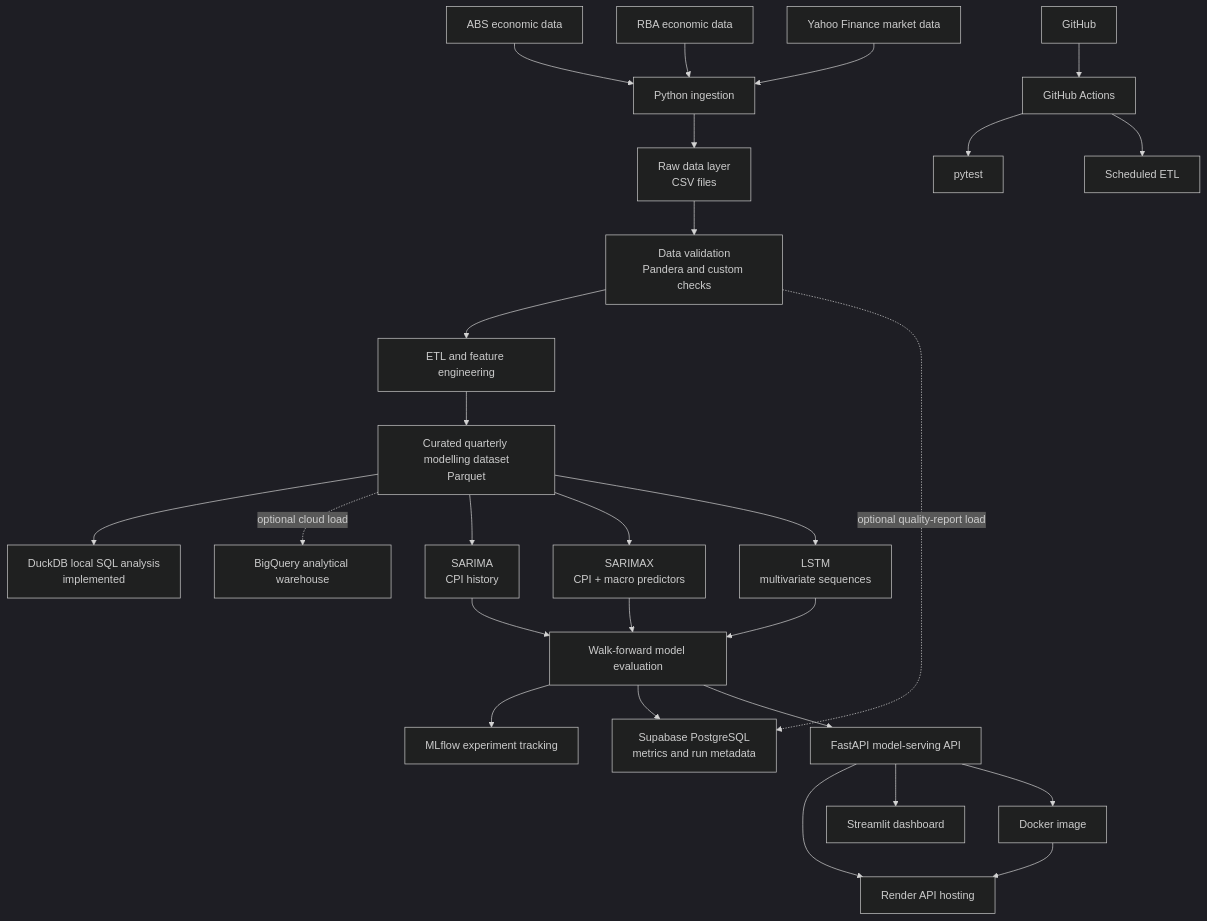
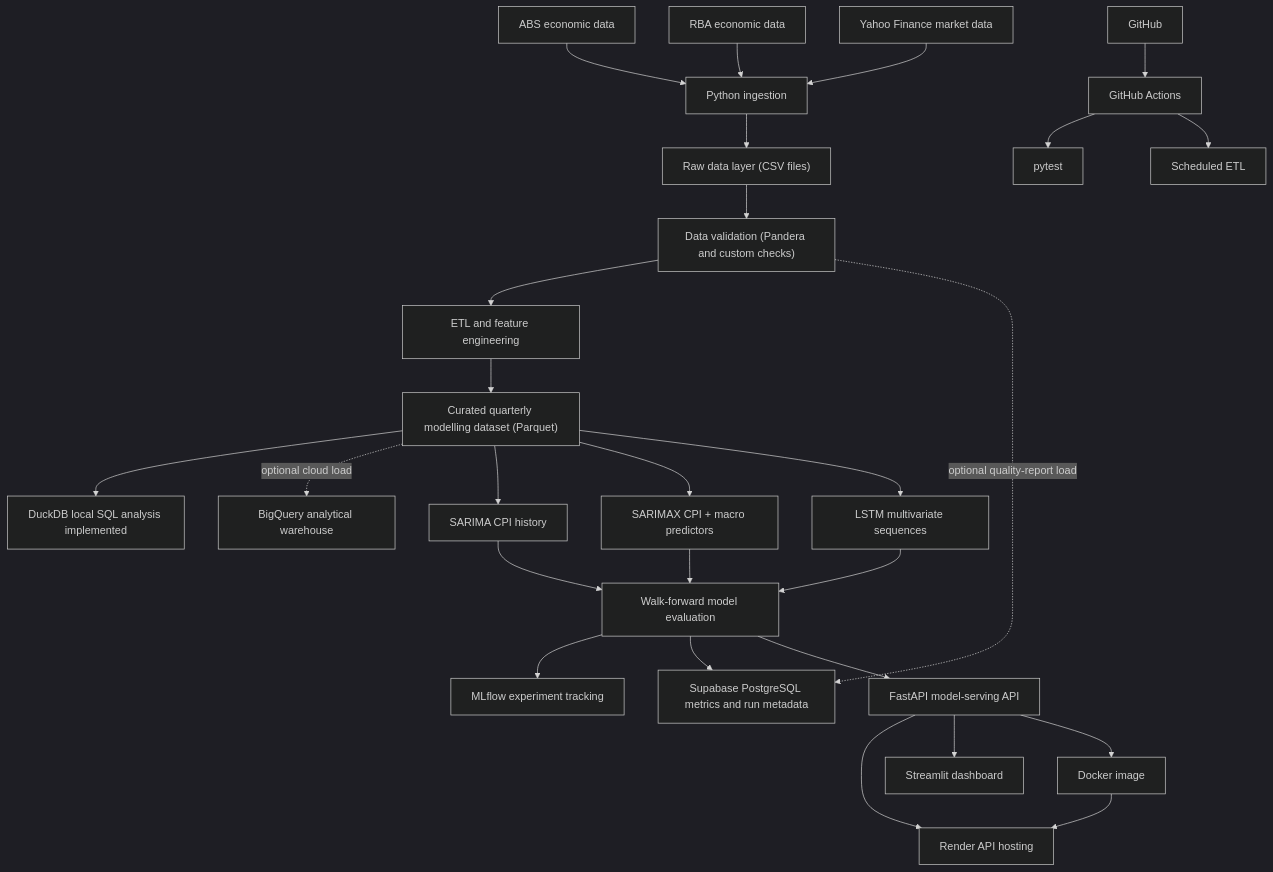
Before and after one commit to JuanVu1810/Australian-CPI-Forecast: the diagram in PROJECT_ARCHITECTURE.md, drawn with Mermaid (dark theme).

Commit message:
Update architecture diagram with improved labels

````diff
--- a/PROJECT_ARCHITECTURE.md
+++ b/PROJECT_ARCHITECTURE.md
@@ -112,34 +112,34 @@
 ```mermaid
 flowchart TD
-    ABS[ABS economic data] --> INGEST[Python ingestion]
-    RBA[RBA economic data] --> INGEST
-    YF[Yahoo Finance market data] --> INGEST
+    ABS["ABS economic data"] --> INGEST["Python ingestion"]
+    RBA["RBA economic data"] --> INGEST
+    YF["Yahoo Finance market data"] --> INGEST
 
-    INGEST --> RAW[Raw data layer<br/>CSV files]
-    RAW --> VALIDATE[Data validation<br/>Pandera and custom checks]
-    VALIDATE --> ETL[ETL and feature engineering]
-    ETL --> CURATED[Curated quarterly modelling dataset<br/>Parquet]
+    INGEST --> RAW["Raw data layer (CSV files)"]
+    RAW --> VALIDATE["Data validation (Pandera and custom checks)"]
+    VALIDATE --> ETL["ETL and feature engineering"]
+    ETL --> CURATED["Curated quarterly modelling dataset (Parquet)"]
 
-    CURATED --> DUCKDB[DuckDB local SQL analysis<br/>implemented]
-    CURATED -. optional cloud load .-> BQ[BigQuery analytical warehouse]
+    CURATED --> DUCKDB["DuckDB local SQL analysis implemented"]
+    CURATED -. "optional cloud load" .-> BQ["BigQuery analytical warehouse"]
 
-    CURATED --> SARIMA[SARIMA<br/>CPI history]
-    CURATED --> SARIMAX[SARIMAX<br/>CPI + macro predictors]
-    CURATED --> LSTM[LSTM<br/>multivariate sequences]
-    SARIMA --> EVAL[Walk-forward model evaluation]
+    CURATED --> SARIMA["SARIMA CPI history"]
+    CURATED --> SARIMAX["SARIMAX CPI + macro predictors"]
+    CURATED --> LSTM["LSTM multivariate sequences"]
+    SARIMA --> EVAL["Walk-forward model evaluation"]
     SARIMAX --> EVAL
     LSTM --> EVAL
 
-    EVAL --> MLFLOW[MLflow experiment tracking]
-    VALIDATE -. optional quality-report load .-> POSTGRES[Supabase PostgreSQL<br/>metrics and run metadata]
+    EVAL --> MLFLOW["MLflow experiment tracking"]
+    VALIDATE -. "optional quality-report load" .-> POSTGRES["Supabase PostgreSQL metrics and run metadata"]
     EVAL --> POSTGRES
-    EVAL --> API[FastAPI model-serving API]
-    API --> RENDER[Render API hosting]
-    API --> STREAMLIT[Streamlit dashboard]
+    EVAL --> API["FastAPI model-serving API"]
+    API --> RENDER["Render API hosting"]
+    API --> STREAMLIT["Streamlit dashboard"]
 
-    GITHUB[GitHub] --> ACTIONS[GitHub Actions]
-    ACTIONS --> TESTS[pytest]
-    ACTIONS --> SCHEDULE[Scheduled ETL]
-    API --> DOCKER[Docker image]
+    GITHUB["GitHub"] --> ACTIONS["GitHub Actions"]
+    ACTIONS --> TESTS["pytest"]
+    ACTIONS --> SCHEDULE["Scheduled ETL"]
+    API --> DOCKER["Docker image"]
     DOCKER --> RENDER
 ```
````
